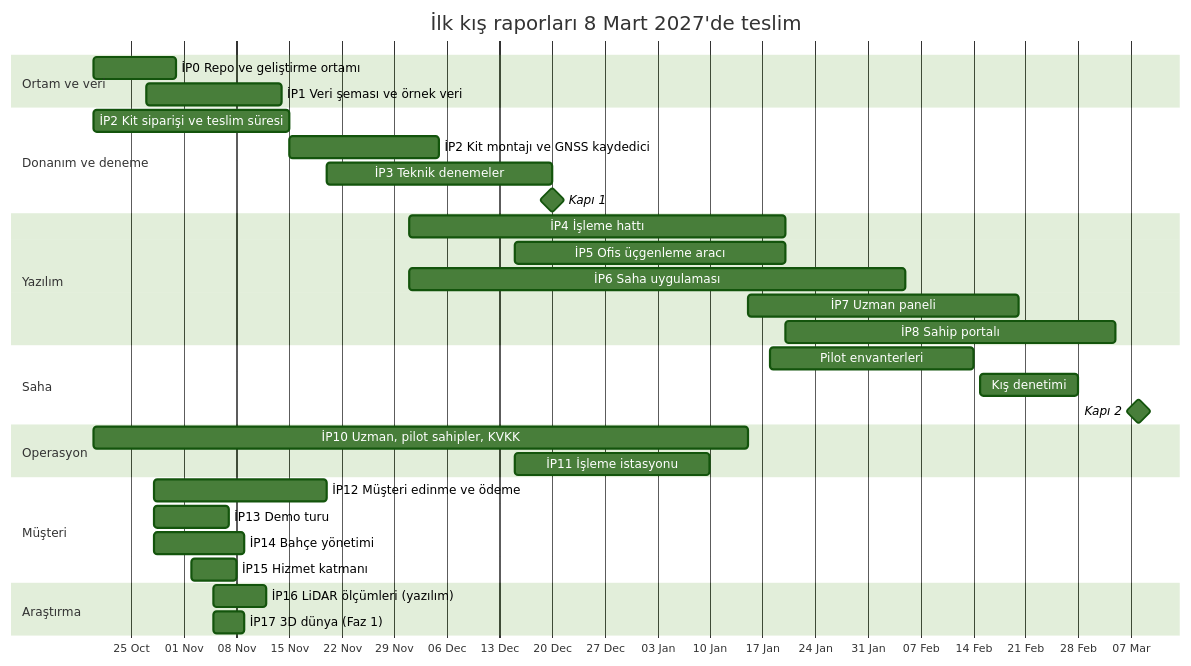
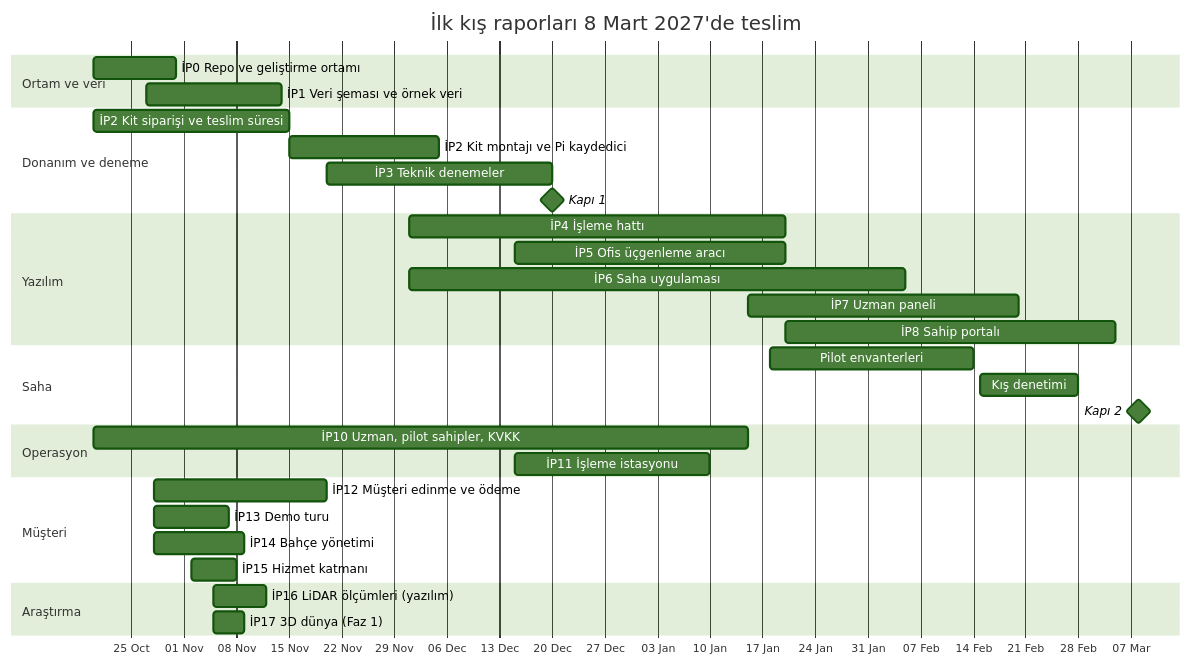
One commit to yusuftiryaki/orchadOS changed the diagram in docs/plan.md. Above: the diagram before and after it, drawn with Mermaid (forest theme). The commit also changed other lines of this file and 3 other files, not shown here.

````diff
--- a/docs/plan.md
+++ b/docs/plan.md
@@ -21,35 +21,35 @@
 ```mermaid
 gantt
     title İlk kış raporları 8 Mart 2027'de teslim
     dateFormat YYYY-MM-DD
     axisFormat %d %b
     section Ortam ve veri
     İP0 Repo ve geliştirme ortamı      :ip0, 2026-10-20, 2026-10-31
     İP1 Veri şeması ve örnek veri      :ip1, 2026-10-27, 2026-11-14
     section Donanım ve deneme
     İP2 Kit siparişi ve teslim süresi  :ip2a, 2026-10-20, 2026-11-15
-    İP2 Kit montajı ve GNSS kaydedici  :ip2b, 2026-11-15, 2026-12-05
+    İP2 Kit montajı ve Pi kaydedici    :ip2b, 2026-11-15, 2026-12-05
     İP3 Teknik denemeler               :ip3, 2026-11-20, 2026-12-20
     Kapı 1                             :milestone, k1, 2026-12-20, 0d
     section Yazılım
     İP4 İşleme hattı                   :ip4, 2026-12-01, 2027-01-20
     İP5 Ofis üçgenleme aracı           :ip5, 2026-12-15, 2027-01-20
     İP6 Saha uygulaması                :ip6, 2026-12-01, 2027-02-05
     İP7 Uzman paneli                   :ip7, 2027-01-15, 2027-02-20
     İP8 Sahip portalı                  :ip8, 2027-01-20, 2027-03-05
     section Saha
     Pilot envanterleri                 :env, 2027-01-18, 2027-02-14
     Kış denetimi                       :kis, 2027-02-15, 2027-02-28
     Kapı 2                             :milestone, k2, 2027-03-08, 0d
     section Operasyon
     İP10 Uzman, pilot sahipler, KVKK   :ip10, 2026-10-20, 2027-01-15
     İP11 İşleme istasyonu              :ip11, 2026-12-15, 2027-01-10
     section Müşteri
     İP12 Müşteri edinme ve ödeme       :ip12, 2026-10-28, 2026-11-20
     İP13 Demo turu                     :ip13, 2026-10-28, 2026-11-07
     İP14 Bahçe yönetimi                :ip14, 2026-10-28, 2026-11-09
     İP15 Hizmet katmanı: ot biçme      :ip15, 2026-11-02, 2026-11-08
     section Araştırma
     İP16 LiDAR ölçümleri (yazılım)     :ip16, 2026-11-05, 2026-11-12
     İP17 3D dünya (Faz 1)              :ip17, 2026-11-05, 2026-11-09
 ```
````
